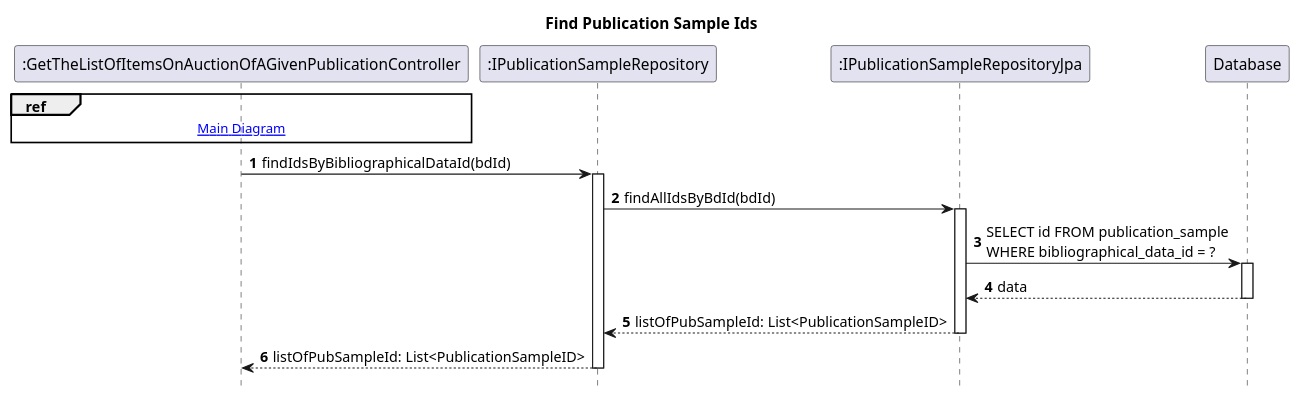
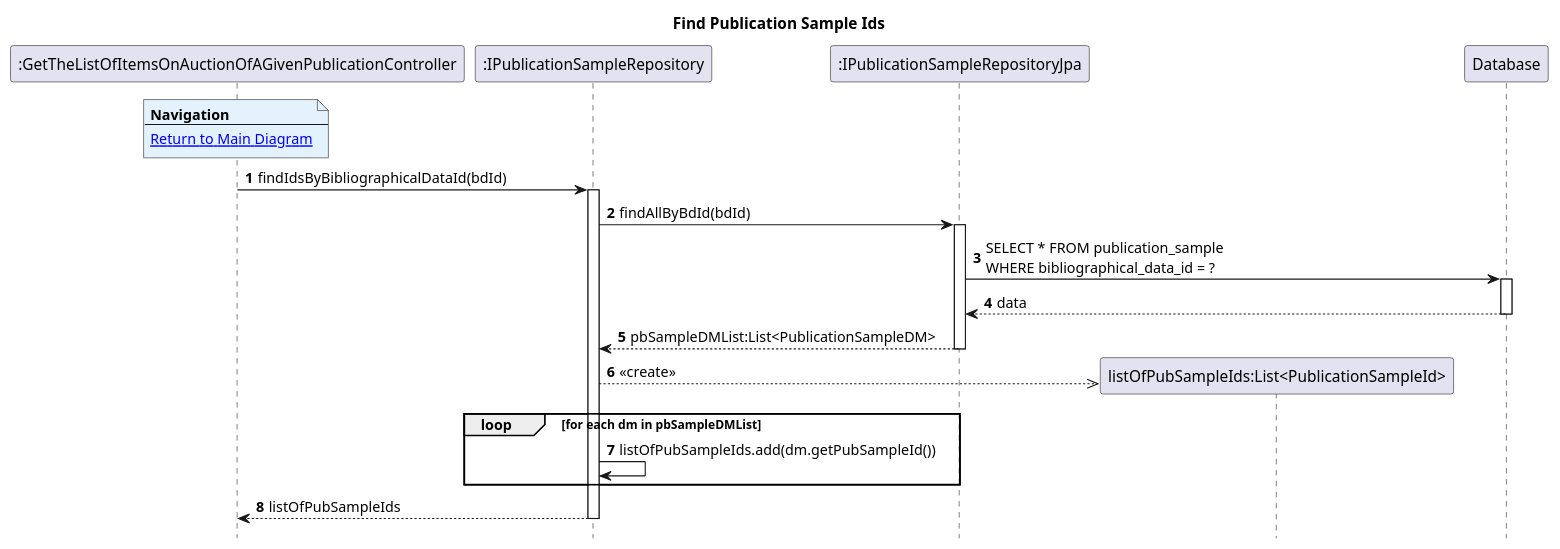
One commit to AndrePereiraGitH/SWitCH-Project-Team_A changed the diagram in Diagrams/SequenceDiagrams/N2/To-Get-List-Of-Items-Auction-Of-Given-Publication/3b.FindPublicationSampleIds.puml. Above: the diagram before and after it, drawn with PlantUML. The commit also changed 5 other files, not shown here.

```diff
--- a/Diagrams/SequenceDiagrams/N2/To-Get-List-Of-Items-Auction-Of-Given-Publication/3b.FindPublicationSampleIds.puml
+++ b/Diagrams/SequenceDiagrams/N2/To-Get-List-Of-Items-Auction-Of-Given-Publication/3b.FindPublicationSampleIds.puml
@@ -1,28 +1,37 @@
 @startuml
 hide footbox
 autonumber
 title Find Publication Sample Ids
 
 participant ":GetTheListOfItemsOnAuctionOfAGivenPublicationController" as Ctrl
 participant ":IPublicationSampleRepository" as pubSampleRepo
 participant ":IPublicationSampleRepositoryJpa" as pubSampleJpa
+participant "listOfPubSampleIds:List<PublicationSampleId>" as listOfPubSampleIds
 participant "Database" as db
 
-ref over Ctrl
-  [[1.MainDiagram.puml Main Diagram]]
-end ref
+note over Ctrl #E3F2FD
+<b>Navigation</b>
+---
+[[1.MainDiagram.puml Return to Main Diagram]]
+end note
 
 Ctrl -> pubSampleRepo: findIdsByBibliographicalDataId(bdId)
 activate pubSampleRepo
-pubSampleRepo -> pubSampleJpa: findAllIdsByBdId(bdId)
+pubSampleRepo -> pubSampleJpa: findAllByBdId(bdId)
 activate pubSampleJpa
-pubSampleJpa -> db: SELECT id FROM publication_sample\nWHERE bibliographical_data_id = ?
+pubSampleJpa -> db: SELECT * FROM publication_sample\nWHERE bibliographical_data_id = ?
 activate db
 db --> pubSampleJpa: data
 deactivate db
-pubSampleJpa --> pubSampleRepo: listOfPubSampleId: List<PublicationSampleID>
+pubSampleJpa --> pubSampleRepo: pbSampleDMList:List<PublicationSampleDM>
 deactivate pubSampleJpa
-pubSampleRepo --> Ctrl: listOfPubSampleId: List<PublicationSampleID>
+
+pubSampleRepo -->> listOfPubSampleIds **: <<create>>
+loop for each dm in pbSampleDMList
+    pubSampleRepo -> pubSampleRepo: listOfPubSampleIds.add(dm.getPubSampleId())
+end
+
+pubSampleRepo --> Ctrl: listOfPubSampleIds
 deactivate pubSampleRepo
 
 @enduml
```
